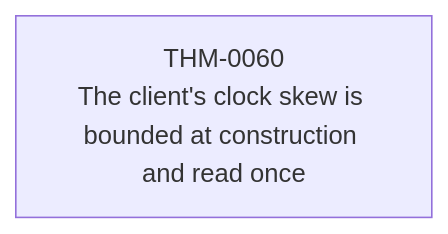
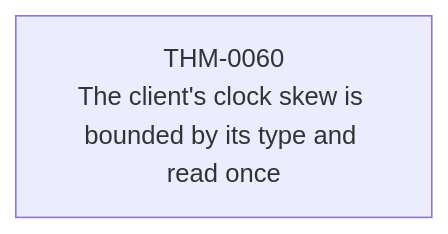
Before and after one commit to syncom-systems/mcp-re: the sixth of 24 diagrams in verification/generated/theorem-dependencies.md, drawn with Mermaid. The commit also changed 67 other files, not shown here.

````diff
--- a/verification/generated/theorem-dependencies.md
+++ b/verification/generated/theorem-dependencies.md
@@ -336,4 +336,4 @@
 ```mermaid
 graph BT
-    THM_0060["THM-0060<br/>The client's clock skew is bounded at construction and read once"]
+    THM_0060["THM-0060<br/>The client's clock skew is bounded by its type and read once"]
 ```
````
